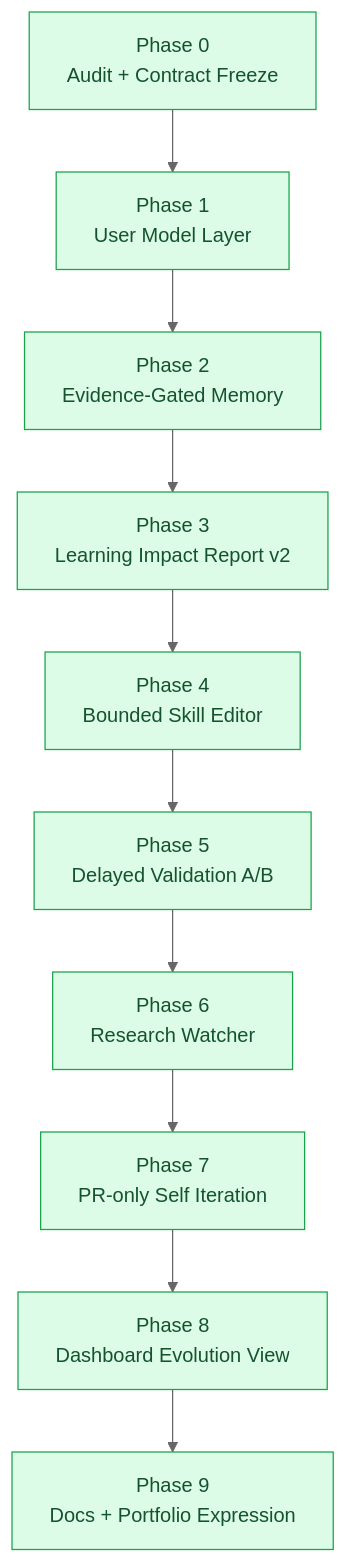
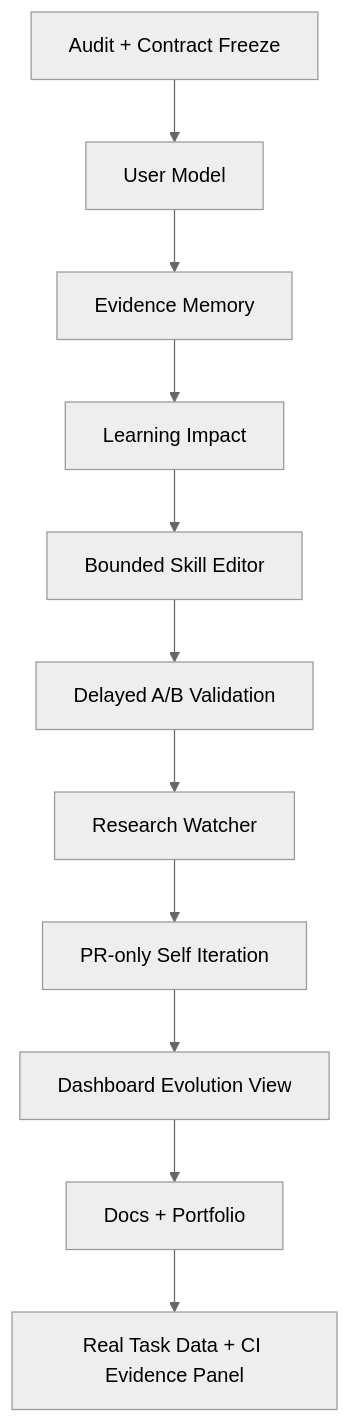
The third of 3 diagrams in README.md (liuanye9-lab/OS-Agent), drawn with Mermaid (neutral theme) before and after one commit. The commit also changed other lines of this file and 3 other files, not shown here.

````diff
--- a/README.md
+++ b/README.md
@@ -1000,18 +171,16 @@
 ```mermaid
 flowchart TD
-    P0[Phase 0<br/>Audit + Contract Freeze]
-    P1[Phase 1<br/>User Model Layer]
-    P2[Phase 2<br/>Evidence-Gated Memory]
-    P3[Phase 3<br/>Learning Impact Report v2]
-    P4[Phase 4<br/>Bounded Skill Editor]
-    P5[Phase 5<br/>Delayed Validation A/B]
-    P6[Phase 6<br/>Research Watcher]
-    P7[Phase 7<br/>PR-only Self Iteration]
-    P8[Phase 8<br/>Dashboard Evolution View]
-    P9[Phase 9<br/>Docs + Portfolio Expression]
+    P0[Audit + Contract Freeze]
+    P1[User Model]
+    P2[Evidence Memory]
+    P3[Learning Impact]
+    P4[Bounded Skill Editor]
+    P5[Delayed A/B Validation]
+    P6[Research Watcher]
+    P7[PR-only Self Iteration]
+    P8[Dashboard Evolution View]
+    P9[Docs + Portfolio]
+    Next[Real Task Data + CI Evidence Panel]
 
-    P0 --> P1 --> P2 --> P3 --> P4 --> P5 --> P6 --> P7 --> P8 --> P9
-
-    classDef done fill:#dcfce7,stroke:#16a34a,color:#14532d;
-    class P0,P1,P2,P3,P4,P5,P6,P7,P8,P9 done;
+    P0 --> P1 --> P2 --> P3 --> P4 --> P5 --> P6 --> P7 --> P8 --> P9 --> Next
 ```
````
